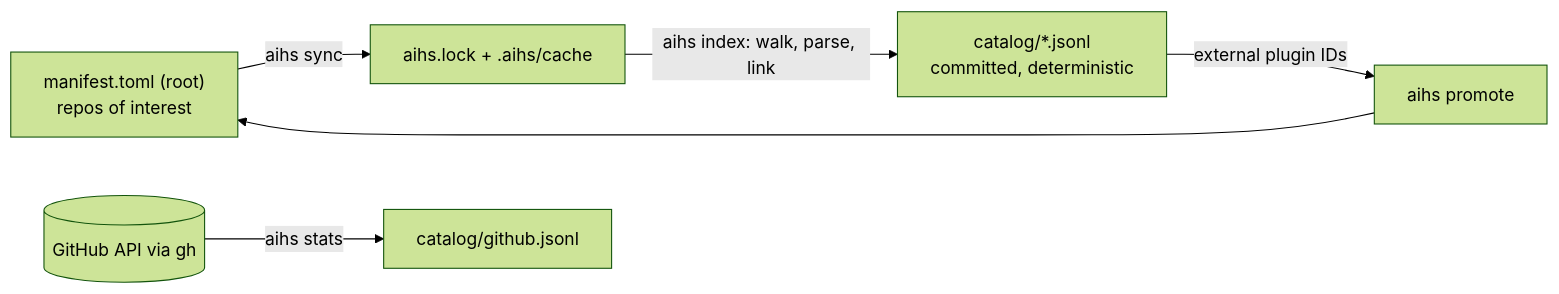
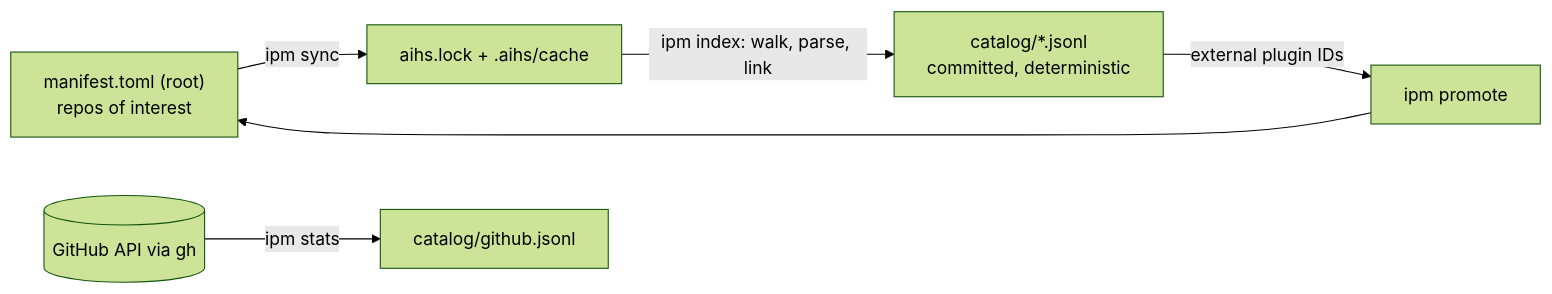
One commit to thinkjones/intelligent-package-manager changed the third of 3 diagrams in docs/architecture.md. Above: the diagram before and after it, drawn with Mermaid (forest theme). The commit also changed other lines of this file and 7 other files, not shown here.

Commit message:
docs: rename aihs to ipm

````diff
--- a/docs/architecture.md
+++ b/docs/architecture.md
@@ -116,7 +116,7 @@
 ```mermaid
 flowchart LR
-  R["manifest.toml (root)<br/>repos of interest"] -->|aihs sync| L["aihs.lock + .aihs/cache"]
-  L -->|aihs index: walk, parse, link| C["catalog/*.jsonl<br/>committed, deterministic"]
-  G[("GitHub API via gh")] -->|aihs stats| S["catalog/github.jsonl"]
-  C -->|external plugin IDs| P["aihs promote"] --> R
+  R["manifest.toml (root)<br/>repos of interest"] -->|ipm sync| L["aihs.lock + .aihs/cache"]
+  L -->|ipm index: walk, parse, link| C["catalog/*.jsonl<br/>committed, deterministic"]
+  G[("GitHub API via gh")] -->|ipm stats| S["catalog/github.jsonl"]
+  C -->|external plugin IDs| P["ipm promote"] --> R
 ```
````
